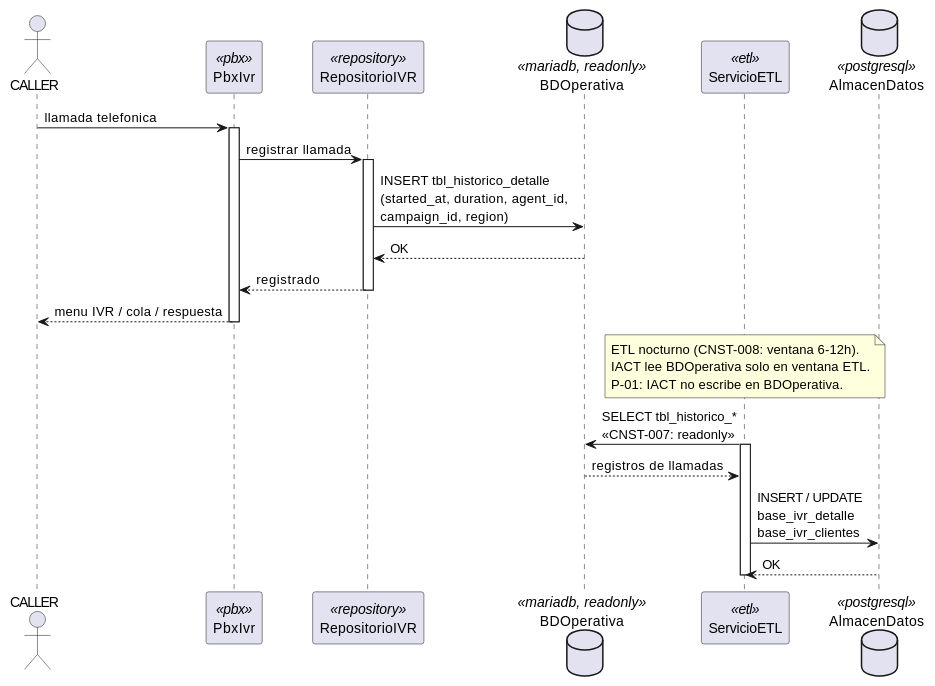
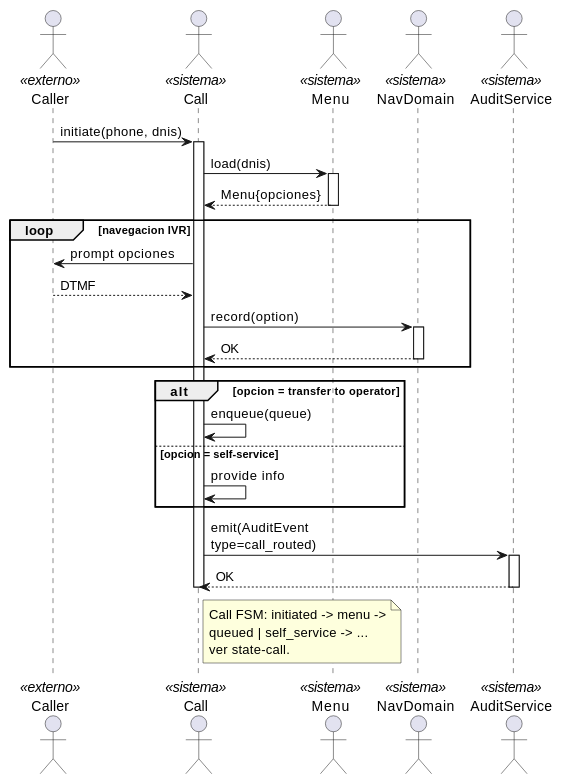
Before and after one commit to jcg-admin/IACT-docs: the diagram in source/arquitectura-tecnica/design-view/seq-caller.rst, drawn with PlantUML. The commit also changed other lines of this file and 12 other files, not shown here.

First line of the commit message:
Harmonize 13 design-view sequence diagrams to canonical vocab

```diff
--- a/source/arquitectura-tecnica/design-view/seq-caller.rst
+++ b/source/arquitectura-tecnica/design-view/seq-caller.rst
@@ -24,41 +24,46 @@
 .. uml::
- :caption: Design View MOD_Caller — flujo de llamada del ciudadano al IVR.
+ :caption: MOD_Caller — ingreso y enrutamiento IVR.
 
  @startuml
 
- actor CALLER
+ actor Caller <<externo>>
+ actor "Call" as Call <<sistema>>
+ actor "Menu" as Menu <<sistema>>
+ actor "NavDomain" as NavDomain <<sistema>>
+ actor "AuditService" as AuditService <<sistema>>
 
- participant PbxIvr          <<pbx>>
- participant RepositorioIVR  <<repository>>
- database    BDOperativa     <<mariadb, readonly>>
- participant ServicioETL     <<etl>>
- database    AlmacenDatos    <<postgresql>>
+ Caller -> Call : initiate(phone, dnis)
+ activate Call
+ Call -> Menu : load(dnis)
+ activate Menu
+ Menu --> Call : Menu{opciones}
+ deactivate Menu
 
- CALLER -> PbxIvr : llamada telefonica
- activate PbxIvr
+ loop navegacion IVR
+   Call -> Caller : prompt opciones
+   Caller --> Call : DTMF
+   Call -> NavDomain : record(option)
+   activate NavDomain
+   NavDomain --> Call : OK
+   deactivate NavDomain
+ end
 
- PbxIvr -> RepositorioIVR : registrar llamada
- activate RepositorioIVR
- RepositorioIVR -> BDOperativa : INSERT tbl_historico_detalle\n(started_at, duration, agent_id,\ncampaign_id, region)
- BDOperativa --> RepositorioIVR : OK
- RepositorioIVR --> PbxIvr : registrado
- deactivate RepositorioIVR
+ alt opcion = transfer to operator
+   Call -> Call : enqueue(queue)
+ else opcion = self-service
+   Call -> Call : provide info
+ end
 
- PbxIvr --> CALLER : menu IVR / cola / respuesta
- deactivate PbxIvr
+ Call -> AuditService : emit(AuditEvent\ntype=call_routed)
+ activate AuditService
+ AuditService --> Call : OK
+ deactivate AuditService
+ deactivate Call
 
- note over ServicioETL
-   ETL nocturno (CNST-008: ventana 6-12h).
-   IACT lee BDOperativa solo en ventana ETL.
-   P-01: IACT no escribe en BDOperativa.
+ note right of Call
+   Call FSM: initiated -> menu ->
+   queued | self_service -> ...
+   ver state-call.
  end note
 
- ServicioETL -> BDOperativa : SELECT tbl_historico_*\n<<CNST-007: readonly>>
- activate ServicioETL
- BDOperativa --> ServicioETL : registros de llamadas
-
- ServicioETL -> AlmacenDatos : INSERT / UPDATE\nbase_ivr_detalle\nbase_ivr_clientes
- AlmacenDatos --> ServicioETL : OK
- deactivate ServicioETL
-
  @enduml
```
